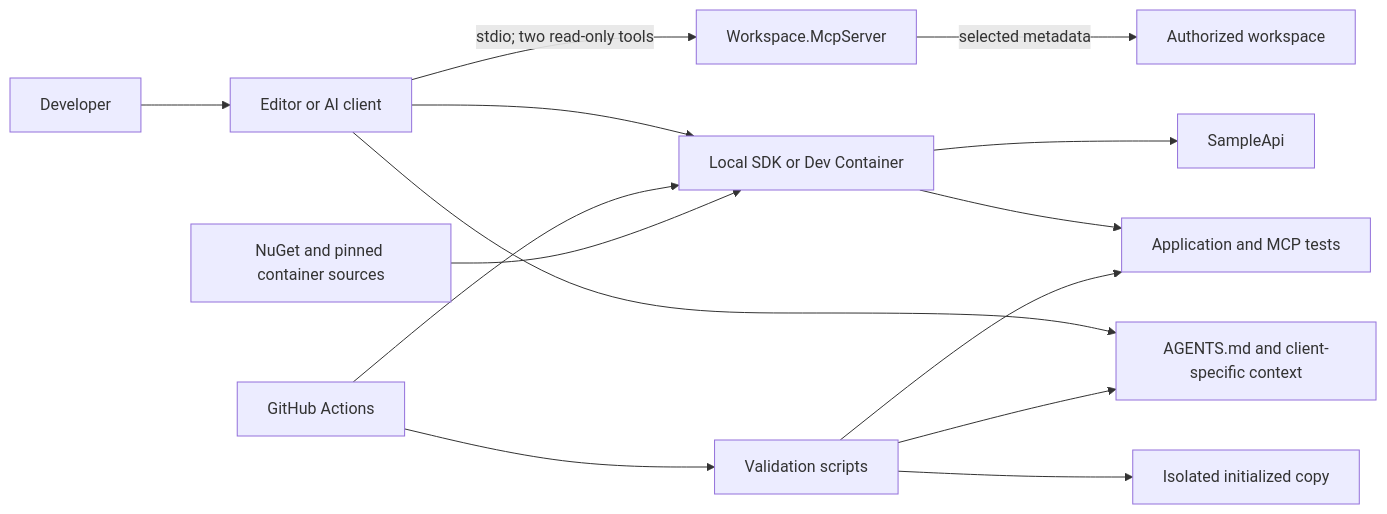
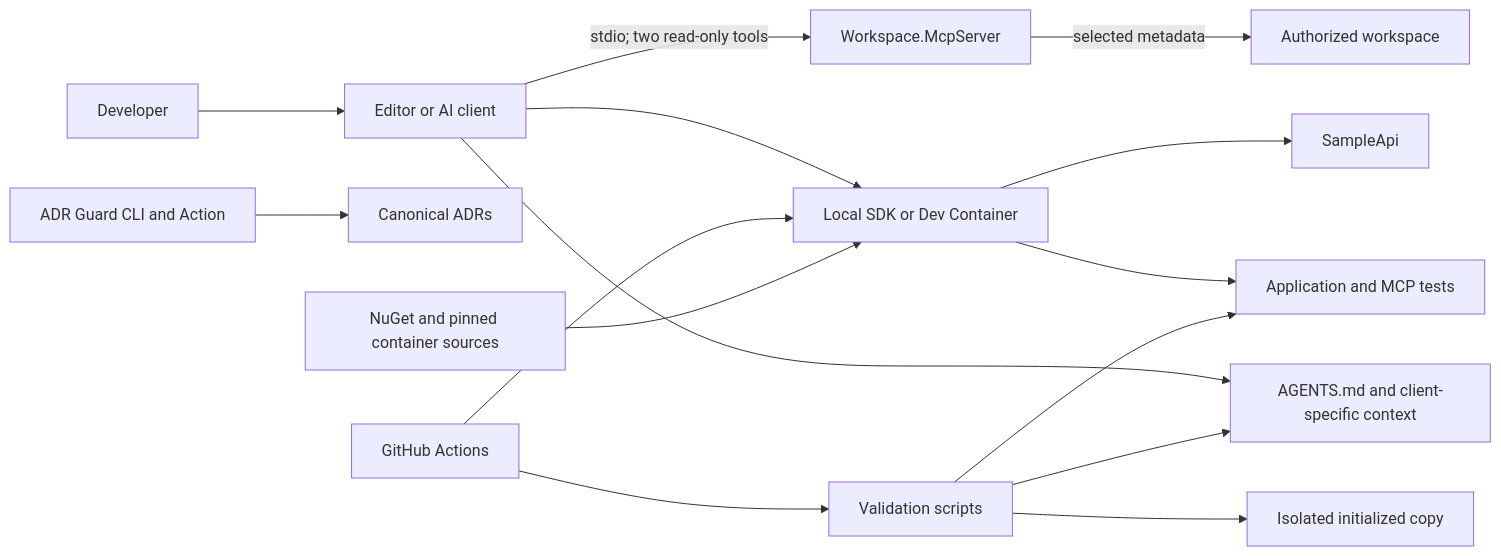
The diagram in docs/architecture.md (rodri-oliveira-dev/ai-ready-dotnet-workspace), drawn with Mermaid before and after one commit. The commit also changed other lines of this file and 24 other files, not shown here.

Commit message:
feat: integrate ADR Guard into AI-ready workspace

````diff
--- a/docs/architecture.md
+++ b/docs/architecture.md
@@ -11,16 +11,17 @@
 ```mermaid
 flowchart LR
     Developer[Developer] --> Client[Editor or AI client]
     Client --> Context[AGENTS.md and client-specific context]
     Client --> Dev[Local SDK or Dev Container]
     Client -->|stdio; two read-only tools| MCP[Workspace.McpServer]
     MCP -->|selected metadata| Repo[Authorized workspace]
     Dev --> API[SampleApi]
     Dev --> Tests[Application and MCP tests]
     Scripts[Validation scripts] --> Context
+    ADRGuard[ADR Guard CLI and Action] --> ADRs[Canonical ADRs]
     Scripts --> Tests
     Scripts --> Derived[Isolated initialized copy]
     GitHub[GitHub Actions] --> Scripts
     GitHub --> Dev
     Registry[NuGet and pinned container sources] --> Dev
 ```
````
